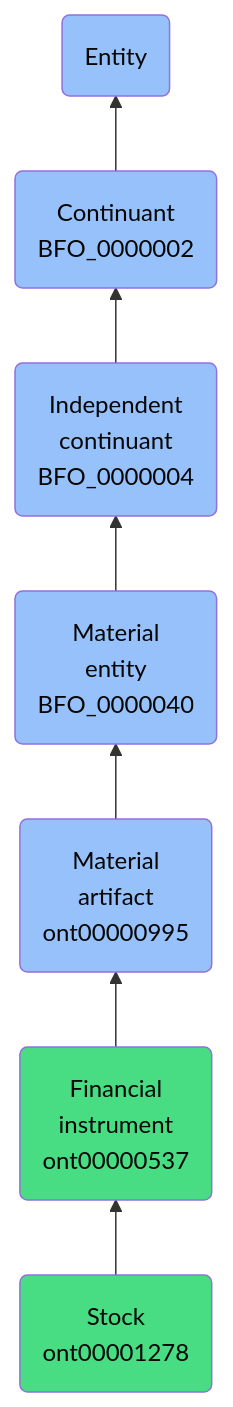
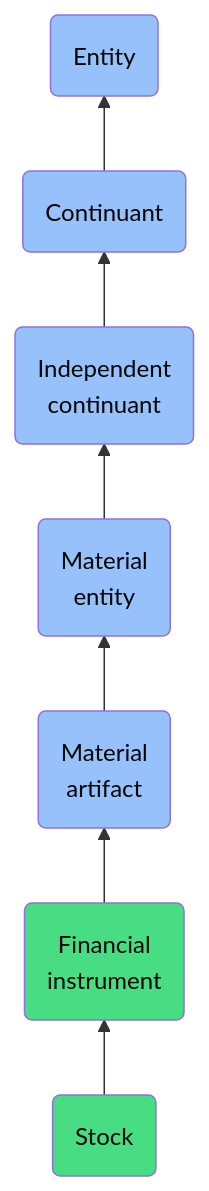
One commit to jupyter-naas/abi changed the diagram in docs/ontology/reference/model/Entity/Continuant/Independent continuant/Material entity/Material artifact/Financial instrument/Stock/Stock.md. Above: the diagram before and after it, drawn with Mermaid. The commit also changed other lines of this file and 1430 other files, not shown here.

````diff
--- a/docs/ontology/reference/model/Entity/Continuant/Independent continuant/Material entity/Material artifact/Financial instrument/Stock/Stock.md
+++ b/docs/ontology/reference/model/Entity/Continuant/Independent continuant/Material entity/Material artifact/Financial instrument/Stock/Stock.md
@@ -24,14 +24,14 @@
 ```mermaid
 graph BT
-    ont00001278(Stock<br>ont00001278):::ABI-->ont00000537
-    ont00000537(Financial<br>instrument<br>ont00000537):::ABI-->ont00000995
-    ont00000995(Material<br>artifact<br>ont00000995):::BFO-->BFO_0000040
-    BFO_0000040(Material<br>entity<br>BFO_0000040):::BFO-->BFO_0000004
-    BFO_0000004(Independent<br>continuant<br>BFO_0000004):::BFO-->BFO_0000002
-    BFO_0000002(Continuant<br>BFO_0000002):::BFO-->BFO_0000001
+    ont00001278(Stock):::ABI-->ont00000537
+    ont00000537(Financial<br>instrument):::ABI-->ont00000995
+    ont00000995(Material<br>artifact):::BFO-->BFO_0000040
+    BFO_0000040(Material<br>entity):::BFO-->BFO_0000004
+    BFO_0000004(Independent<br>continuant):::BFO-->BFO_0000002
+    BFO_0000002(Continuant):::BFO-->BFO_0000001
     BFO_0000001(Entity):::BFO
     
     classDef BFO fill:#97c1fb,color:#060606
     classDef CCO fill:#e4c51e,color:#060606
     classDef ABI fill:#48DD82,color:#060606
 ```
````
